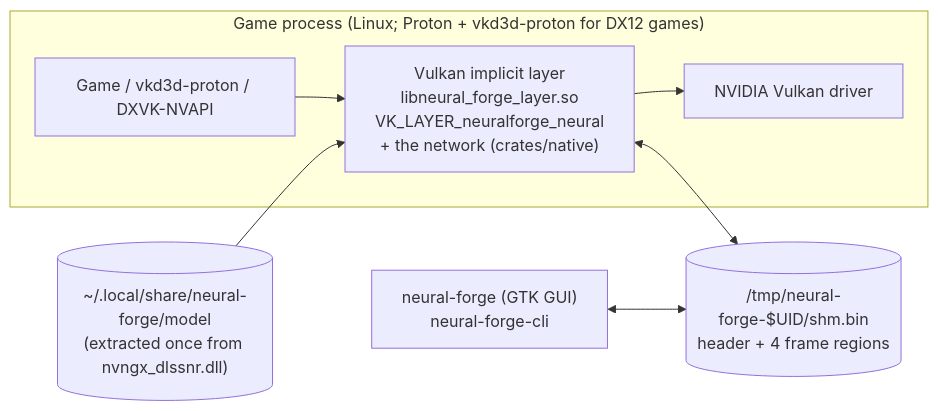
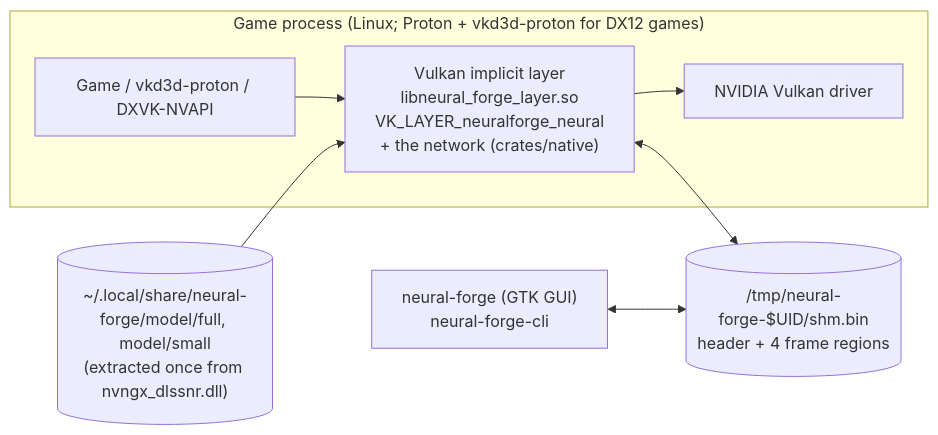
One commit to labj1987/neural-forge changed the first of 3 diagrams in docs/ARCHITECTURE.md. Above: the diagram before and after it, drawn with Mermaid. The commit also changed other lines of this file and 17 other files, not shown here.

````diff
--- a/docs/ARCHITECTURE.md
+++ b/docs/ARCHITECTURE.md
@@ -16,14 +16,14 @@
 ```mermaid
 flowchart LR
     subgraph game["Game process (Linux; Proton + vkd3d-proton for DX12 games)"]
         app["Game / vkd3d-proton / DXVK-NVAPI"]
         layer["Vulkan implicit layer<br/>libneural_forge_layer.so<br/>VK_LAYER_neuralforge_neural<br/>+ the network (crates/native)"]
         app --> layer --> driver["NVIDIA Vulkan driver"]
     end
-    model[("~/.local/share/neural-forge/model<br/>(extracted once from nvngx_dlssnr.dll)")]
+    model[("~/.local/share/neural-forge/model/full, model/small<br/>(extracted once from nvngx_dlssnr.dll)")]
     shm[("/tmp/neural-forge-$UID/shm.bin<br/>header + 4 frame regions")]
     gui["neural-forge (GTK GUI)<br/>neural-forge-cli"]
     model --> layer
     layer <--> shm
     gui <--> shm
 ```
````
